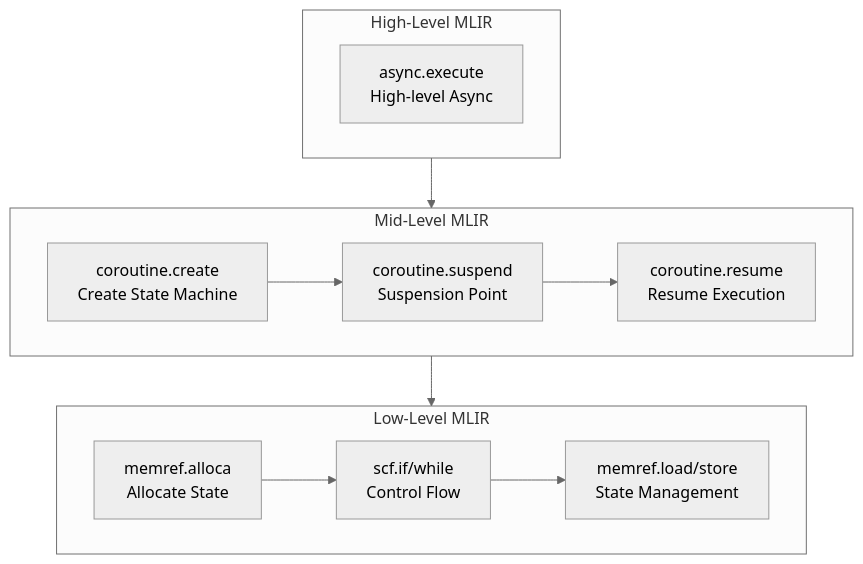
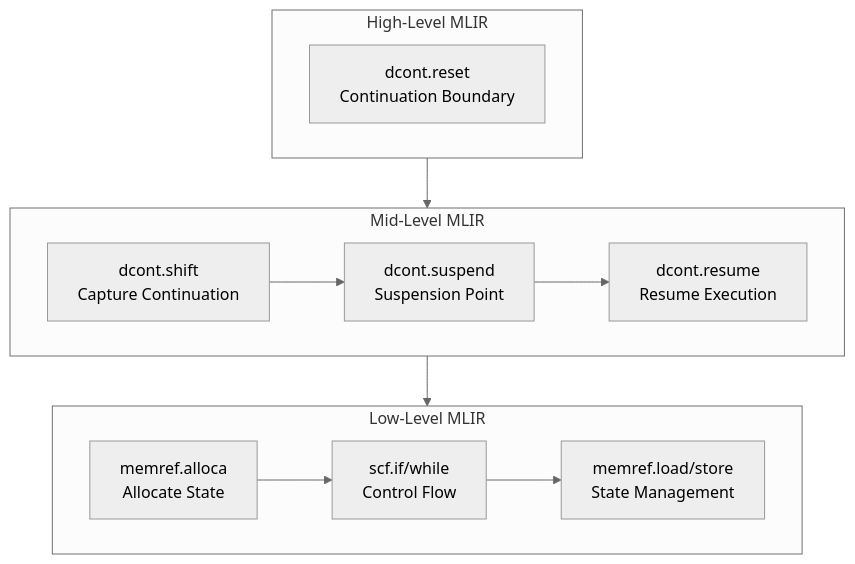
One commit to FidelityFramework/clef-lang-site changed the diagram in hugo/content/docs/design/concurrency/dotnet-to-fidelity-concurrency.md. Above: the diagram before and after it, drawn with Mermaid (neutral theme). The commit also changed other lines of this file and 4 other files, not shown here.

````diff
--- a/hugo/content/docs/design/concurrency/dotnet-to-fidelity-concurrency.md
+++ b/hugo/content/docs/design/concurrency/dotnet-to-fidelity-concurrency.md
@@ -277,20 +277,20 @@
 ```mermaid
 flowchart TB
     subgraph HighLevelMLIR["High-Level MLIR"]
         direction LR
-        AsyncExecute["async.execute<br>High-level Async"]
+        AsyncExecute["dcont.reset<br>Continuation Boundary"]
     end
 
     subgraph MidLevelMLIR["Mid-Level MLIR"]
         direction LR
-        CreateCoroutine["coroutine.create<br>Create State Machine"] --> SuspendPoint["coroutine.suspend<br>Suspension Point"] --> ResumeCoroutine["coroutine.resume<br>Resume Execution"]
+        CreateCoroutine["dcont.shift<br>Capture Continuation"] --> SuspendPoint["dcont.suspend<br>Suspension Point"] --> ResumeCoroutine["dcont.resume<br>Resume Execution"]
     end
 
     subgraph LowLevelMLIR["Low-Level MLIR"]
         direction LR
         Alloca["memref.alloca<br>Allocate State"] --> ControlFlow["scf.if/while<br>Control Flow"] --> LoadStore["memref.load/store<br>State Management"]
     end
 
     HighLevelMLIR --> MidLevelMLIR
     MidLevelMLIR --> LowLevelMLIR
 ```
````
